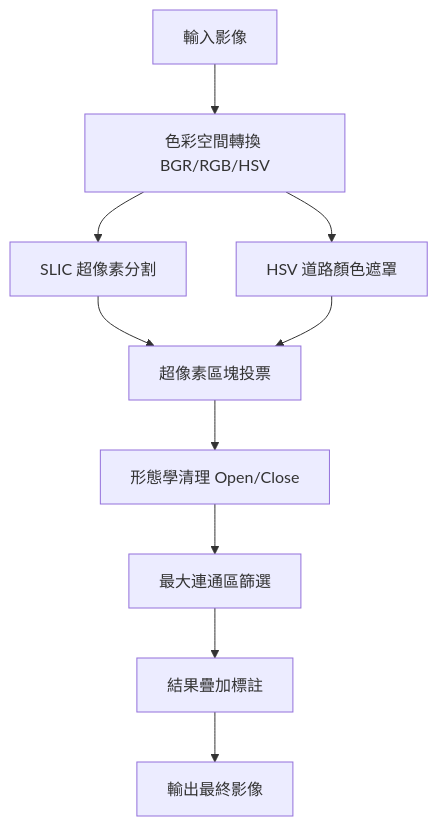
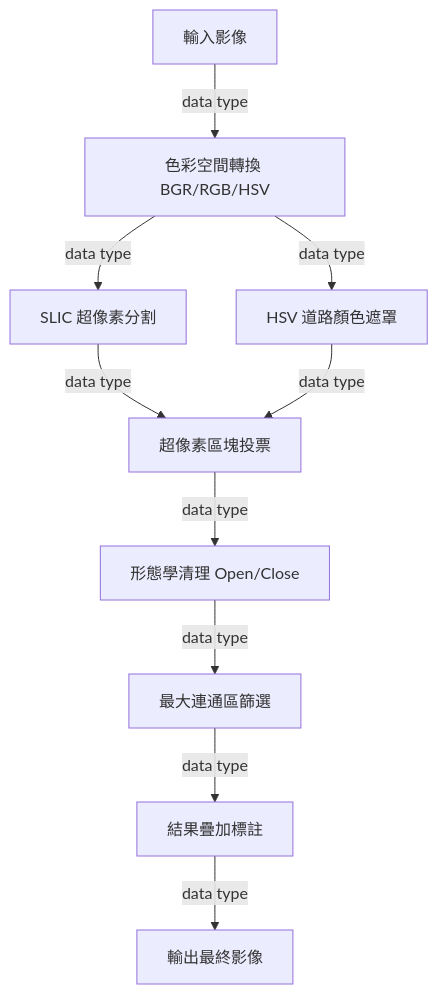
Before and after one commit to ingPrivate/road-segment: the diagram in README.md, drawn with Mermaid.

Commit message:
docs: add 'data type' to mermaid pipeline diagram

````diff
--- a/README.md
+++ b/README.md
@@ -16,12 +16,12 @@
 ```mermaid
 graph TD
-    A[輸入影像] --> B[色彩空間轉換 BGR/RGB/HSV]
-    B --> C[SLIC 超像素分割]
-    B --> D[HSV 道路顏色遮罩]
-    C --> E[超像素區塊投票]
-    D --> E
-    E --> F[形態學清理 Open/Close]
-    F --> G[最大連通區篩選]
-    G --> H[結果疊加標註]
-    H --> I[輸出最終影像]
+    A[輸入影像] -->|data type| B[色彩空間轉換 BGR/RGB/HSV]
+    B -->|data type| C[SLIC 超像素分割]
+    B -->|data type| D[HSV 道路顏色遮罩]
+    C -->|data type| E[超像素區塊投票]
+    D -->|data type| E
+    E -->|data type| F[形態學清理 Open/Close]
+    F -->|data type| G[最大連通區篩選]
+    G -->|data type| H[結果疊加標註]
+    H -->|data type| I[輸出最終影像]
 ```
````
